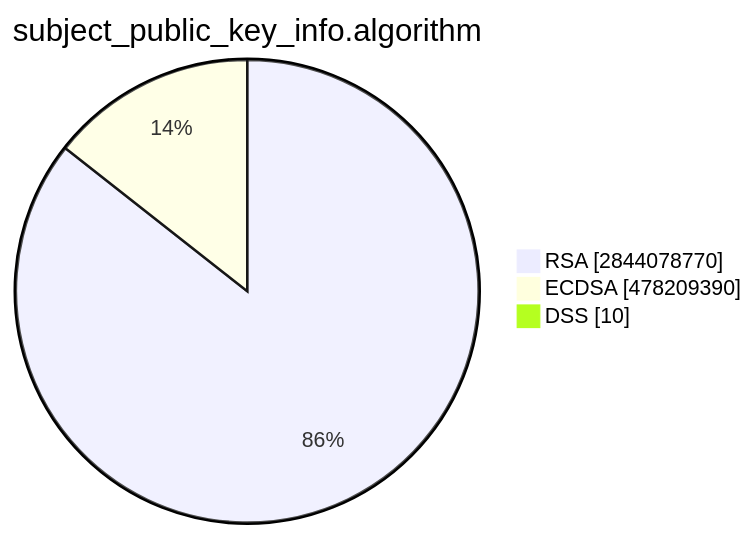
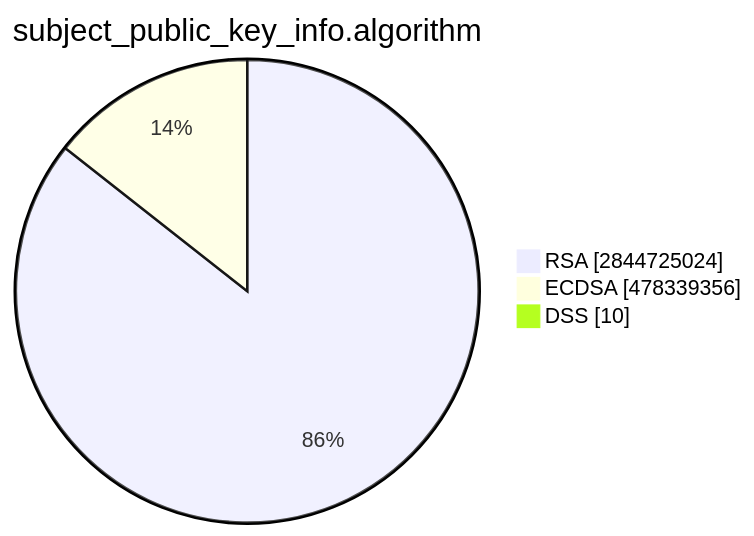
Before and after one commit to christiankrug/ctmonitor_visualization: the second of 15 diagrams in TOTAL/README.md, drawn with Mermaid. The commit also changed other lines of this file, not shown here.

````diff
--- a/TOTAL/README.md
+++ b/TOTAL/README.md
@@ -6,7 +6,7 @@
 ```mermaid
 pie showData
 title subject_public_key_info.algorithm
-"RSA" :2844078770
-"ECDSA" :478209390
+"RSA" :2844725024
+"ECDSA" :478339356
 "DSS" :10
 ```
````
